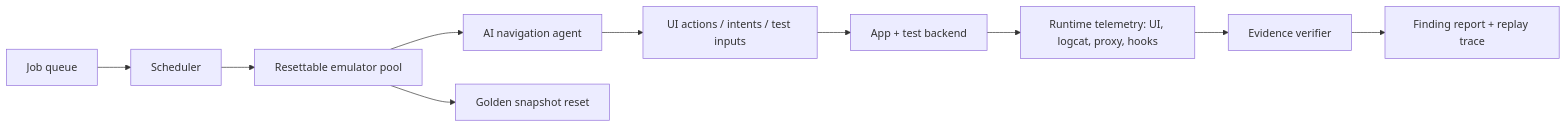
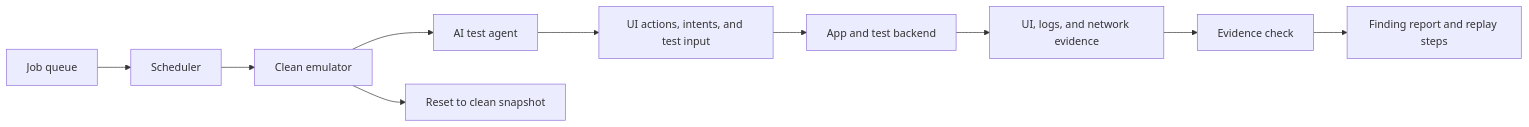
Before and after one commit to Radhakrishnan1110/security_scanner: the diagram in docs/dynamic_analysis.md, drawn with Mermaid. The commit also changed other lines of this file and 3 other files, not shown here.

````diff
--- a/docs/dynamic_analysis.md
+++ b/docs/dynamic_analysis.md
@@ -3,12 +3,12 @@
 ```mermaid
 flowchart LR
     Q[Job queue] --> S[Scheduler]
-    S --> E[Resettable emulator pool]
-    E --> A[AI navigation agent]
-    A --> I[UI actions / intents / test inputs]
-    I --> O[App + test backend]
-    O --> T[Runtime telemetry: UI, logcat, proxy, hooks]
-    T --> V[Evidence verifier]
-    V --> R[Finding report + replay trace]
-    E --> K[Golden snapshot reset]
+    S --> E[Clean emulator]
+    E --> A[AI test agent]
+    A --> I[UI actions, intents, and test input]
+    I --> O[App and test backend]
+    O --> T[UI, logs, and network evidence]
+    T --> V[Evidence check]
+    V --> R[Finding report and replay steps]
+    E --> K[Reset to clean snapshot]
 ```
````
